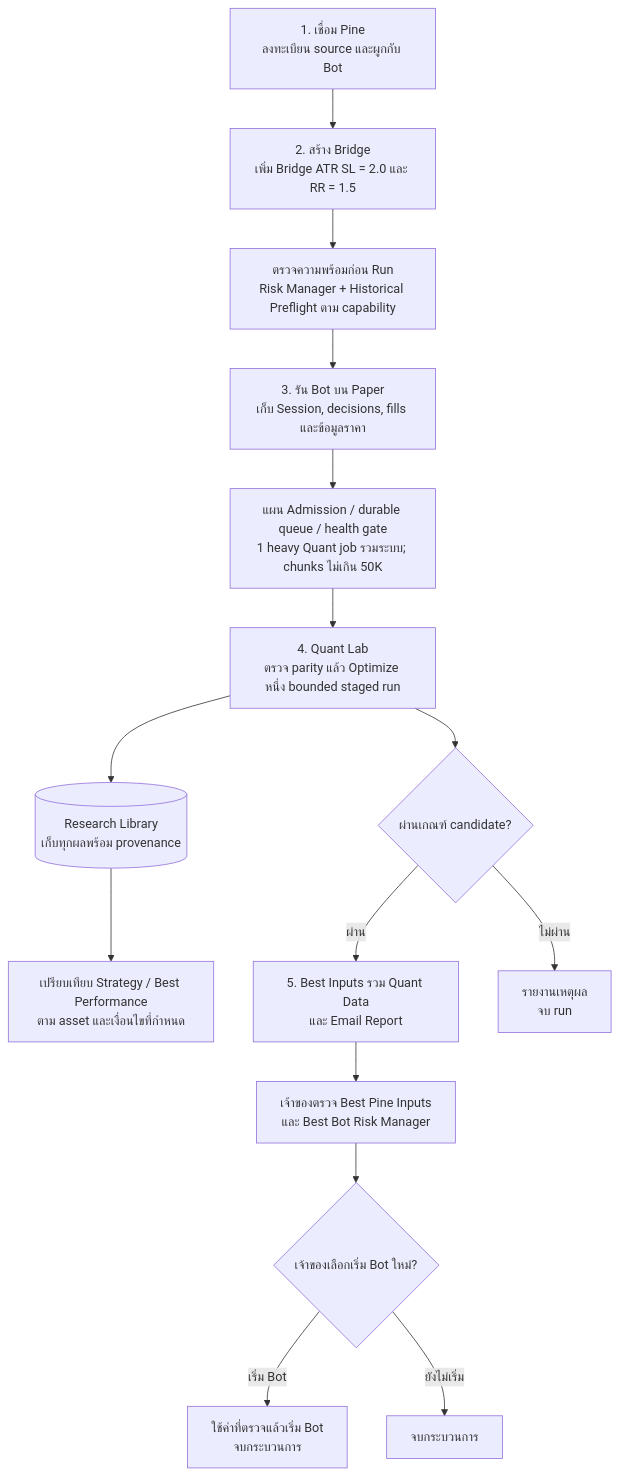
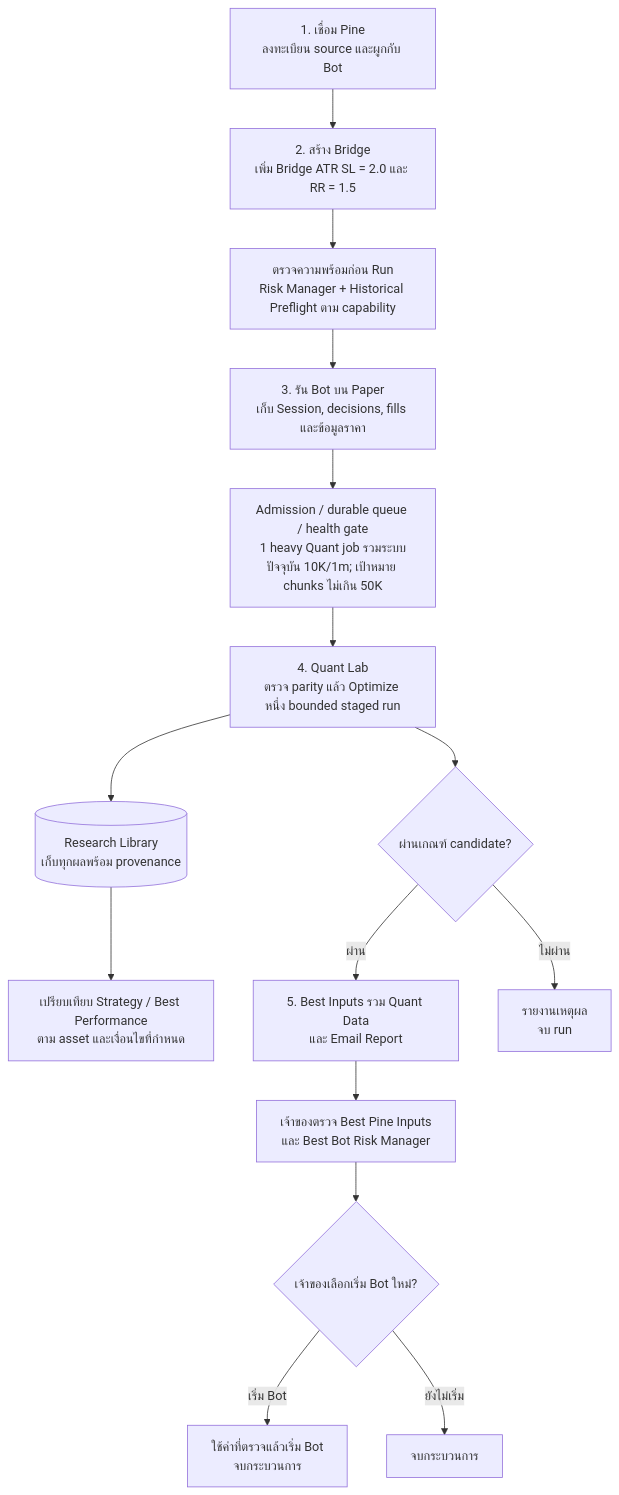
Before and after one commit to sanchatmd-dev/trading-bot: the diagram in Context.md, drawn with Mermaid. The commit also changed other lines of this file and 7 other files, not shown here.

````diff
--- a/Context.md
+++ b/Context.md
@@ -271,17 +280,17 @@
 ```mermaid
 flowchart TD
     S1["1. เชื่อม Pine<br/>ลงทะเบียน source และผูกกับ Bot"] --> S2["2. สร้าง Bridge<br/>เพิ่ม Bridge ATR SL = 2.0 และ RR = 1.5"]
     S2 --> P["ตรวจความพร้อมก่อน Run<br/>Risk Manager + Historical Preflight ตาม capability"]
     P --> S3["3. รัน Bot บน Paper<br/>เก็บ Session, decisions, fills และข้อมูลราคา"]
-    S3 --> QA["แผน Admission / durable queue / health gate<br/>1 heavy Quant job รวมระบบ; chunks ไม่เกิน 50K"]
+    S3 --> QA["Admission / durable queue / health gate<br/>1 heavy Quant job รวมระบบ<br/>ปัจจุบัน 10K/1m; เป้าหมาย chunks ไม่เกิน 50K"]
     QA --> S4["4. Quant Lab<br/>ตรวจ parity แล้ว Optimize หนึ่ง bounded staged run"]
     S4 --> LIB[("Research Library<br/>เก็บทุกผลพร้อม provenance")]
     LIB --> CMP["เปรียบเทียบ Strategy / Best Performance<br/>ตาม asset และเงื่อนไขที่กำหนด"]
     S4 --> G{"ผ่านเกณฑ์ candidate?"}
     G -->|ผ่าน| S5["5. Best Inputs รวม Quant Data<br/>และ Email Report"]
     G -->|ไม่ผ่าน| N["รายงานเหตุผล<br/>จบ run"]
     S5 --> S6["เจ้าของตรวจ Best Pine Inputs<br/>และ Best Bot Risk Manager"]
     S6 --> S7{"เจ้าของเลือกเริ่ม Bot ใหม่?"}
     S7 -->|เริ่ม Bot| S8["ใช้ค่าที่ตรวจแล้วเริ่ม Bot<br/>จบกระบวนการ"]
     S7 -->|ยังไม่เริ่ม| S9["จบกระบวนการ"]
 ```
````
